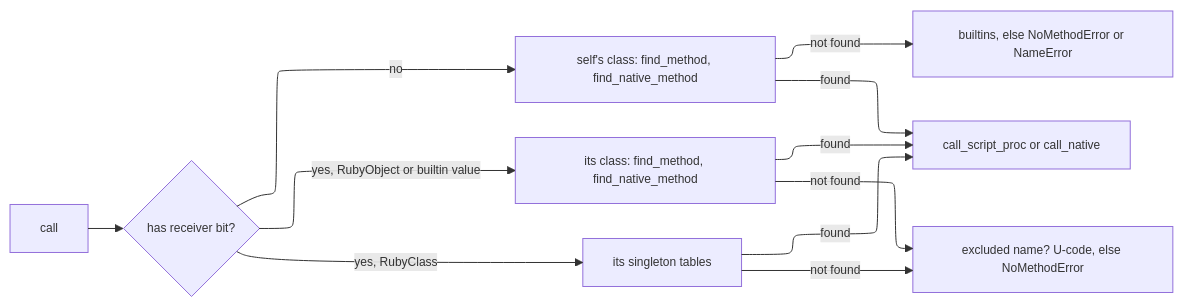
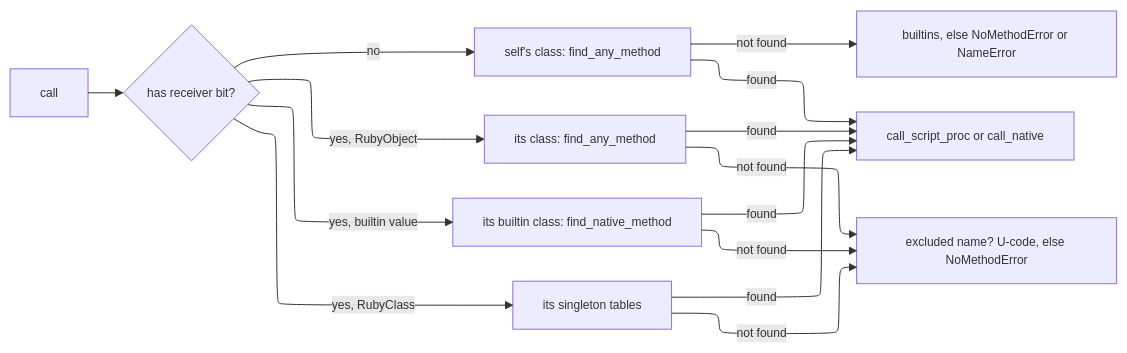
Before and after one commit to ModelArmy/adjutant.cr: the fifth of 12 diagrams in DEVELOPMENT.md, drawn with Mermaid. The commit also changed other lines of this file and 5 other files, not shown here.

Commit message:
Method lookup: the nearest ancestor's method wins, script or native, in dispatch and the static walker; a native method called on self gets self

````diff
--- a/DEVELOPMENT.md
+++ b/DEVELOPMENT.md
@@ -284,20 +284,23 @@
 ```mermaid
 ---
 displayMode: compact
 config:
   layout: elk
   themeVariables:
     fontSize: 12px
 ---
 flowchart LR
     A[call] --> B{has receiver bit?}
-    B -->|no| S[self's class: find_method, find_native_method]
-    B -->|yes, RubyObject or builtin value| D[its class: find_method, find_native_method]
+    B -->|no| S[self's class: find_any_method]
+    B -->|yes, RubyObject| D[its class: find_any_method]
+    B -->|yes, builtin value| D2[its builtin class: find_native_method]
     B -->|yes, RubyClass| F[its singleton tables]
     S -->|not found| C[builtins, else NoMethodError or NameError]
     D -->|found| E[call_script_proc or call_native]
+    D2 -->|found| E
     F -->|found| E
     S -->|found| E
     D -->|not found| X[excluded name? U-code, else NoMethodError]
+    D2 -->|not found| X
     F -->|not found| X
 ```
````
